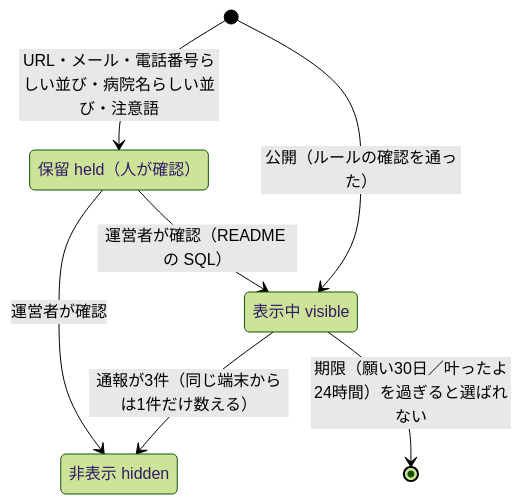
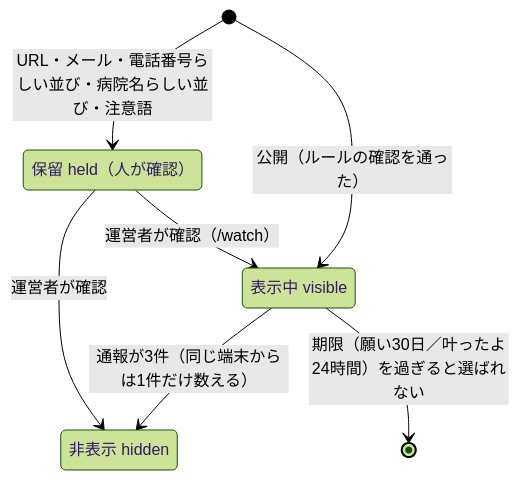
The third of 4 diagrams in docs/状態設計.md (mai-san447/hello-earth-25143), drawn with Mermaid (forest theme) before and after one commit. The commit also changed other lines of this file and 18 other files, not shown here.

````diff
--- a/docs/状態設計.md
+++ b/docs/状態設計.md
@@ -124,12 +124,12 @@
 ```mermaid
 stateDiagram-v2
     state "表示中 visible" as visible
     state "保留 held（人が確認）" as held
     state "非表示 hidden" as hidden
     [*] --> visible : 公開（ルールの確認を通った）
     [*] --> held : URL・メール・電話番号らしい並び・病院名らしい並び・注意語
     visible --> hidden : 通報が3件（同じ端末からは1件だけ数える）
     visible --> [*] : 期限（願い30日／叶ったよ24時間）を過ぎると選ばれない
-    held --> visible : 運営者が確認（README の SQL）
+    held --> visible : 運営者が確認（/watch）
     held --> hidden : 運営者が確認
 ```
````
